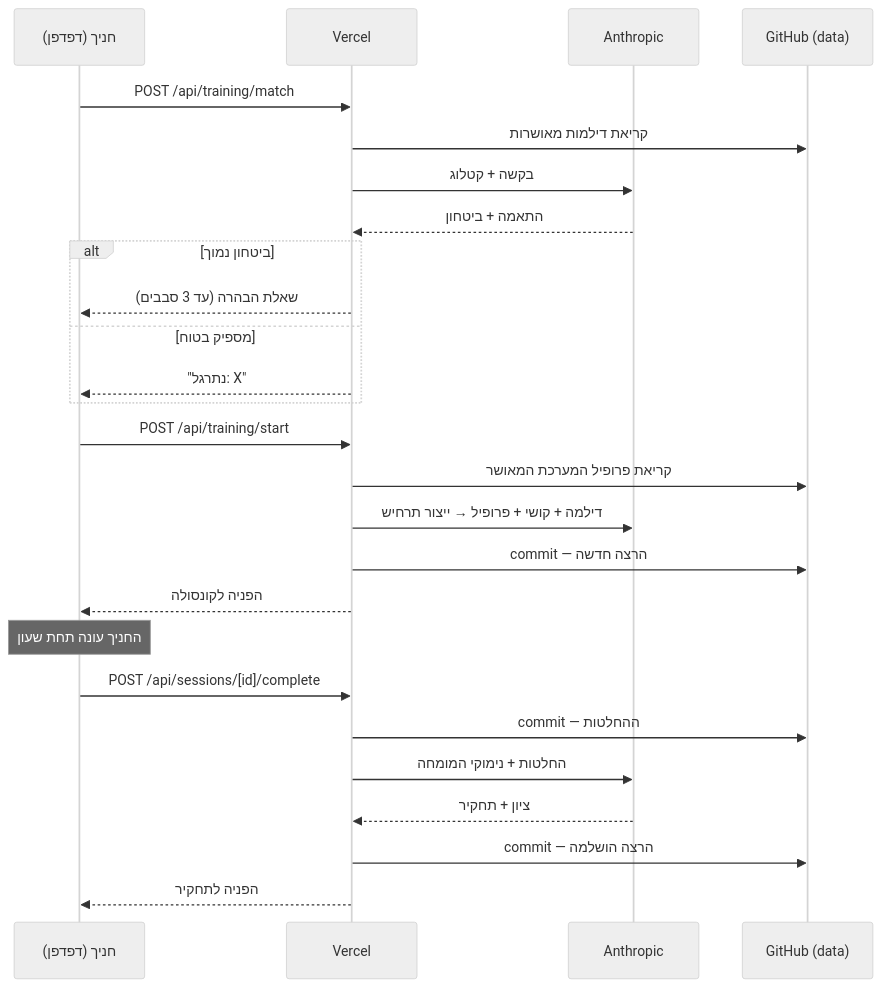
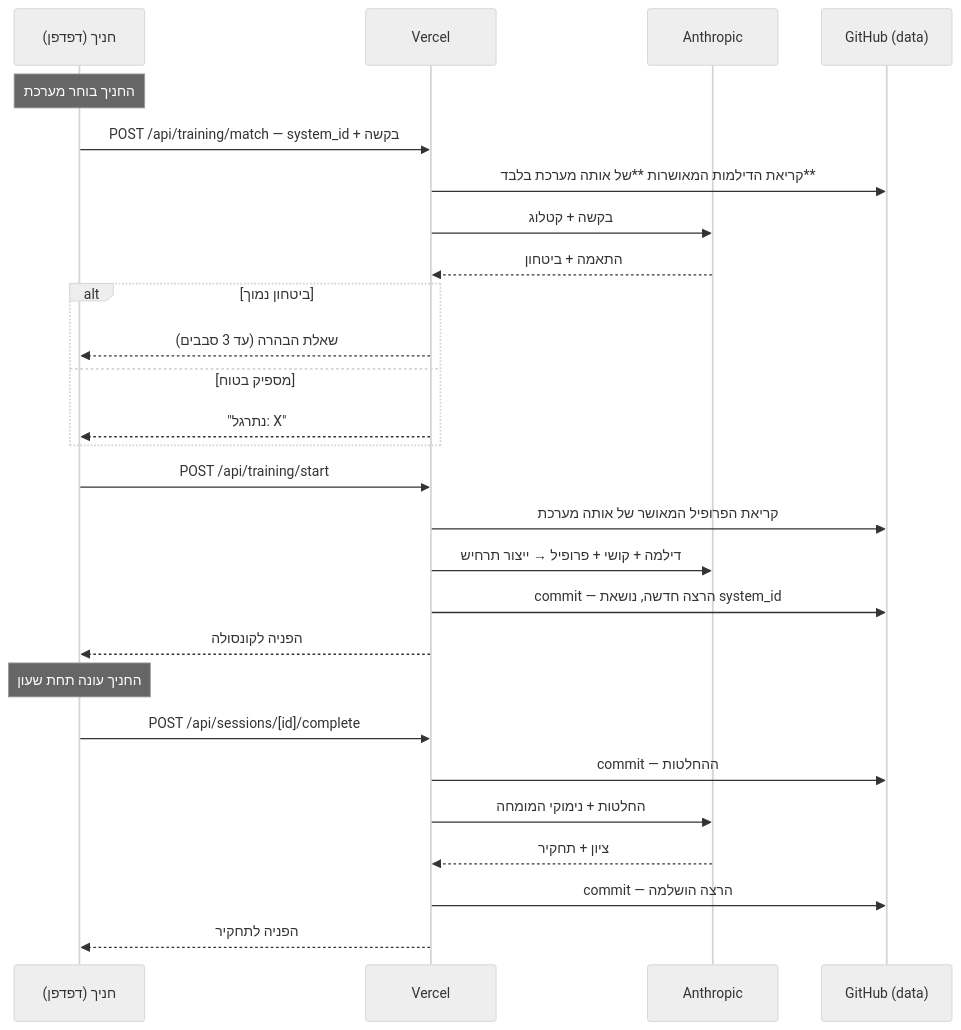
The third of 3 diagrams in ARCHITECTURE.md (nimrodekel-hub/AD_SIMULATOR), drawn with Mermaid (neutral theme) before and after one commit. The commit also changed other lines of this file, not shown here.

Commit message:
Multi-system: update the architecture reference for per-system storage and scoping

````diff
--- a/ARCHITECTURE.md
+++ b/ARCHITECTURE.md
@@ -233,32 +261,33 @@
 ```mermaid
 sequenceDiagram
     participant T as חניך (דפדפן)
     participant V as Vercel
     participant A as Anthropic
     participant G as GitHub (data)
 
-    T->>V: POST /api/training/match
-    V->>G: קריאת דילמות מאושרות
+    Note over T: החניך בוחר מערכת
+    T->>V: POST /api/training/match — system_id + בקשה
+    V->>G: קריאת הדילמות המאושרות **של אותה מערכת בלבד**
     V->>A: בקשה + קטלוג
     A-->>V: התאמה + ביטחון
     alt ביטחון נמוך
         V-->>T: שאלת הבהרה (עד 3 סבבים)
     else מספיק בטוח
         V-->>T: "נתרגל: X"
     end
 
     T->>V: POST /api/training/start
-    V->>G: קריאת פרופיל המערכת המאושר
+    V->>G: קריאת הפרופיל המאושר של אותה מערכת
     V->>A: דילמה + קושי + פרופיל → ייצור תרחיש
-    V->>G: commit — הרצה חדשה
+    V->>G: commit — הרצה חדשה, נושאת system_id
     V-->>T: הפניה לקונסולה
 
     Note over T: החניך עונה תחת שעון
 
     T->>V: POST /api/sessions/[id]/complete
     V->>G: commit — ההחלטות
     V->>A: החלטות + נימוקי המומחה
     A-->>V: ציון + תחקיר
     V->>G: commit — הרצה הושלמה
     V-->>T: הפניה לתחקיר
 ```
````
